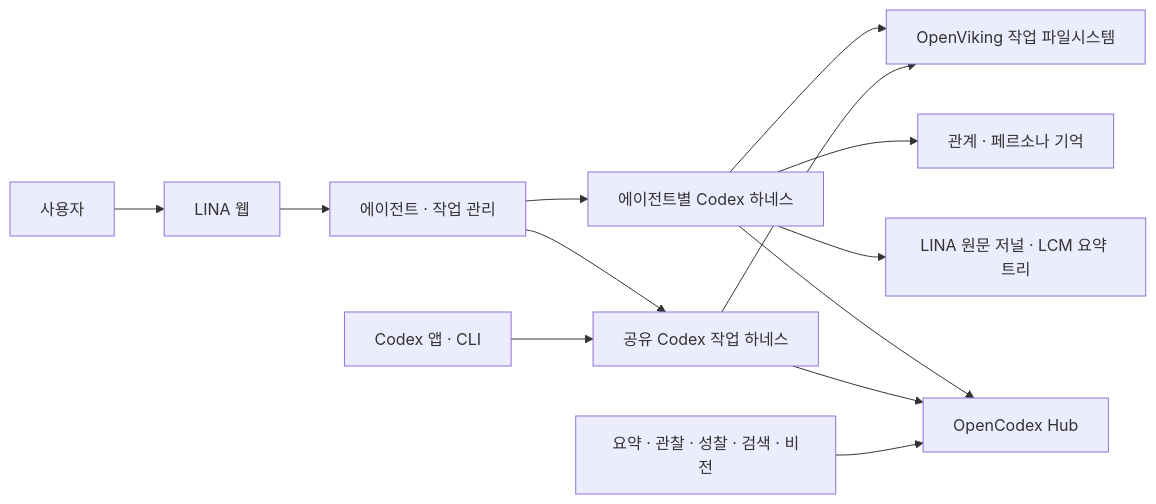
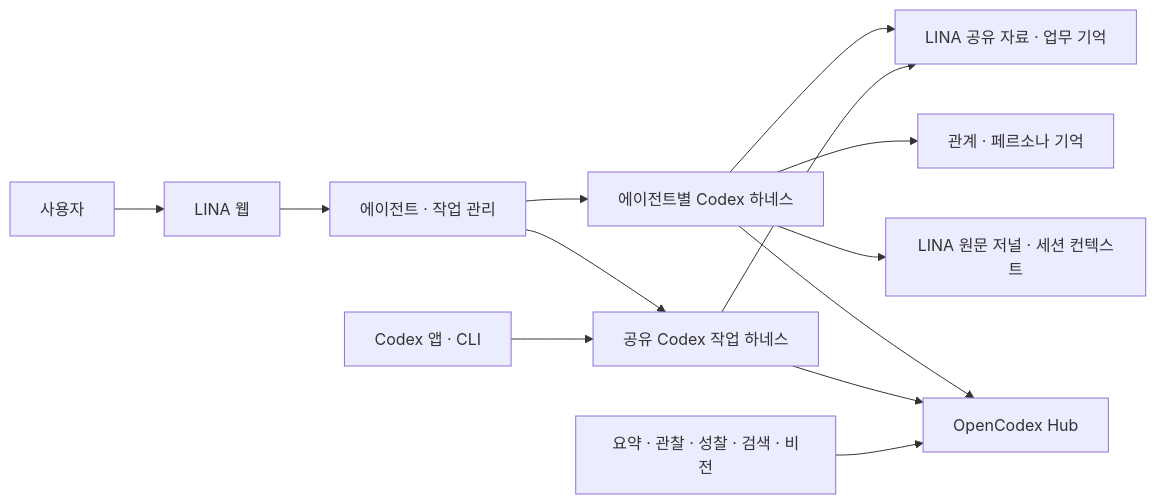
Before and after one commit to thisisjun786/lina: the diagram in docs/CODEX_RUNTIME.md, drawn with Mermaid. The commit also changed other lines of this file and 8 other files, not shown here.

````diff
--- a/docs/CODEX_RUNTIME.md
+++ b/docs/CODEX_RUNTIME.md
@@ -7,15 +7,15 @@
 ```mermaid
 flowchart LR
   User[사용자] --> UI[LINA 웹]
   UI --> Fleet[에이전트 · 작업 관리]
   Fleet --> Assistant[에이전트별 Codex 하네스]
   Fleet --> Tasks[공유 Codex 작업 하네스]
   Desktop[Codex 앱 · CLI] --> Tasks
   Assistant --> Hub[OpenCodex Hub]
   Tasks --> Hub
   Aux[요약 · 관찰 · 성찰 · 검색 · 비전] --> Hub
-  Assistant --> LCM[LINA 원문 저널 · LCM 요약 트리]
+  Assistant --> LCM[LINA 원문 저널 · 세션 컨텍스트]
   Assistant --> Persona[관계 · 페르소나 기억]
-  Assistant --> Work[OpenViking 작업 파일시스템]
+  Assistant --> Work[LINA 공유 자료 · 업무 기억]
   Tasks --> Work
 ```
````
